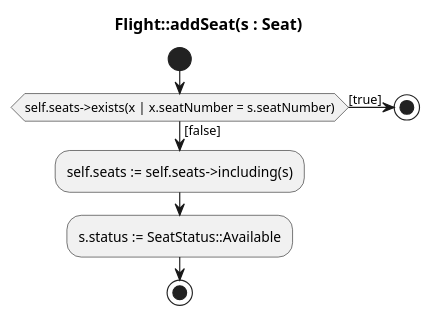
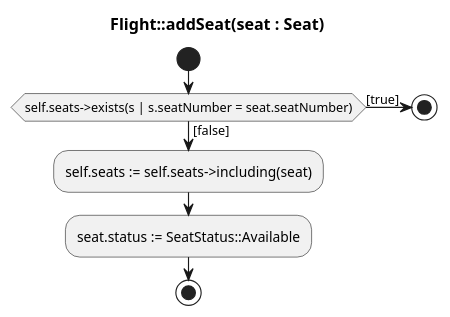
Before and after one commit to scx-othr/MoProCo-evaluation: the diagram in airline/classical-uml/add-seat.puml, drawn with PlantUML. The commit also changed 13 other files, not shown here.

```diff
--- a/airline/classical-uml/add-seat.puml
+++ b/airline/classical-uml/add-seat.puml
@@ -1,12 +1,12 @@
 @startuml
-title Flight::addSeat(s : Seat)
+title Flight::addSeat(seat : Seat)
 
 start
-if (self.seats->exists(x | x.seatNumber = s.seatNumber)) then ([true])
+if (self.seats->exists(s | s.seatNumber = seat.seatNumber)) then ([true])
   stop
 else ([false])
-  :self.seats := self.seats->including(s);
-  :s.status := SeatStatus::Available;
+  :self.seats := self.seats->including(seat);
+  :seat.status := SeatStatus::Available;
   stop
 endif
 @enduml
```
